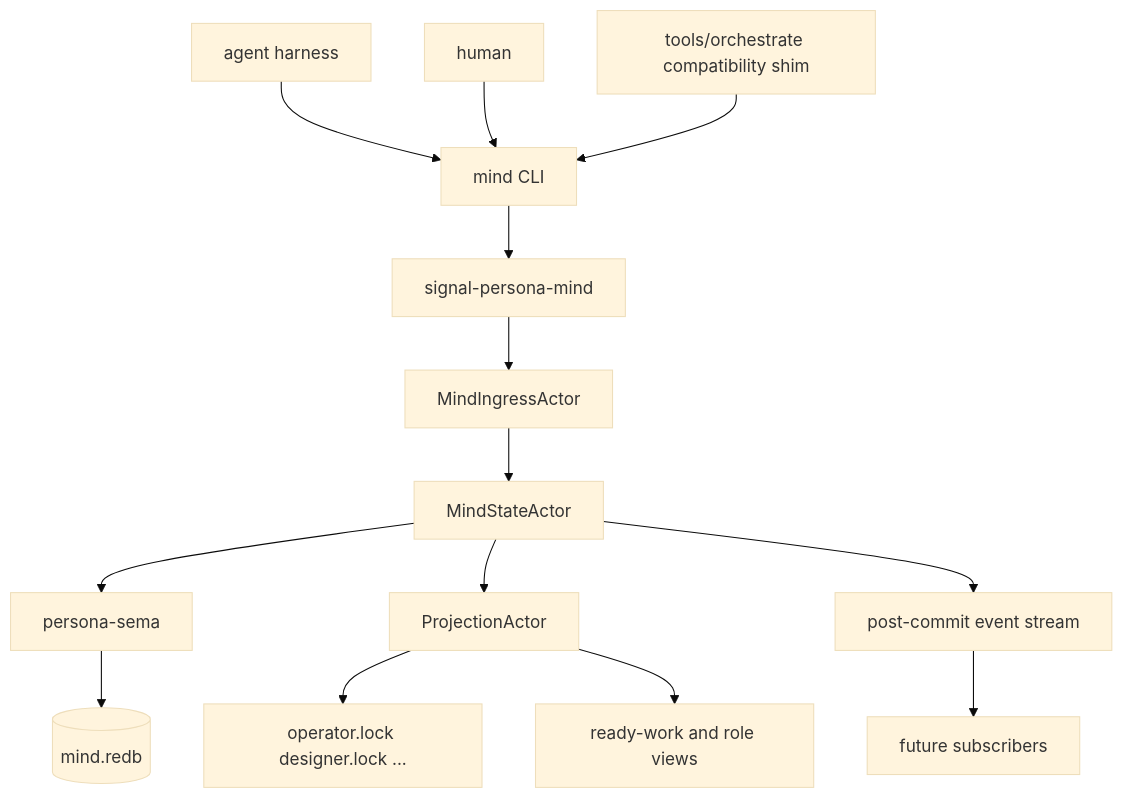
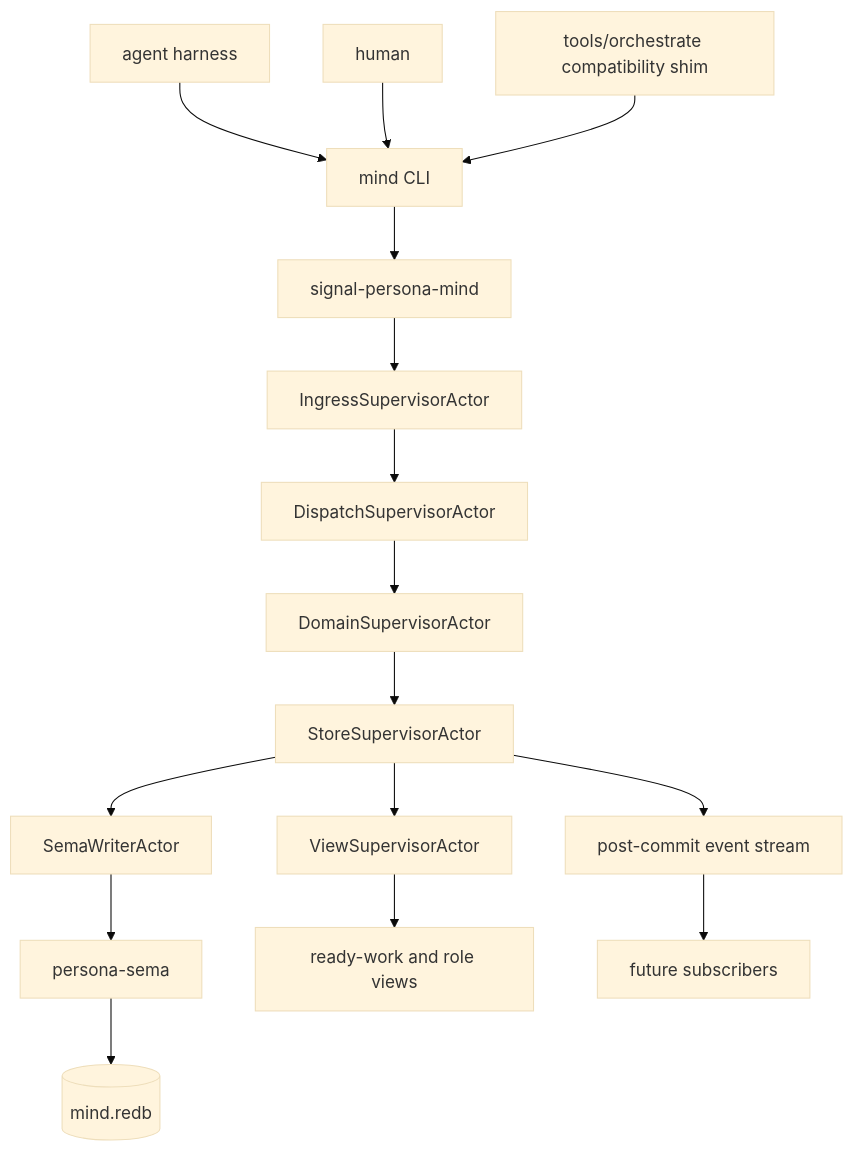
One commit to LiGoldragon/primary changed the second of 24 diagrams in reports/operator/101-persona-mind-full-architecture-proposal.md. Above: the diagram before and after it, drawn with Mermaid (base theme). The commit also changed other lines of this file, not shown here.

Commit message:
expand persona-mind actor architecture visuals

````diff
--- a/reports/operator/101-persona-mind-full-architecture-proposal.md
+++ b/reports/operator/101-persona-mind-full-architecture-proposal.md
@@ -55,20 +55,22 @@
 ```mermaid
 flowchart TB
     agent["agent harness"] --> cli["mind CLI"]
     human["human"] --> cli
     shim["tools/orchestrate compatibility shim"] --> cli
 
     cli --> contract["signal-persona-mind"]
-    contract --> ingress["MindIngressActor"]
-    ingress --> state["MindStateActor"]
+    contract --> ingress["IngressSupervisorActor"]
+    ingress --> dispatch["DispatchSupervisorActor"]
+    dispatch --> domain["DomainSupervisorActor"]
+    domain --> store["StoreSupervisorActor"]
 
-    state --> sema["persona-sema"]
+    store --> writer["SemaWriterActor"]
+    writer --> sema["persona-sema"]
     sema --> db[("mind.redb")]
 
-    state --> projection["ProjectionActor"]
-    projection --> locks["operator.lock designer.lock ..."]
-    projection --> views["ready-work and role views"]
+    store --> views_actor["ViewSupervisorActor"]
+    views_actor --> views["ready-work and role views"]
 
-    state --> events["post-commit event stream"]
+    store --> events["post-commit event stream"]
     events --> subscribers["future subscribers"]
 ```
````
